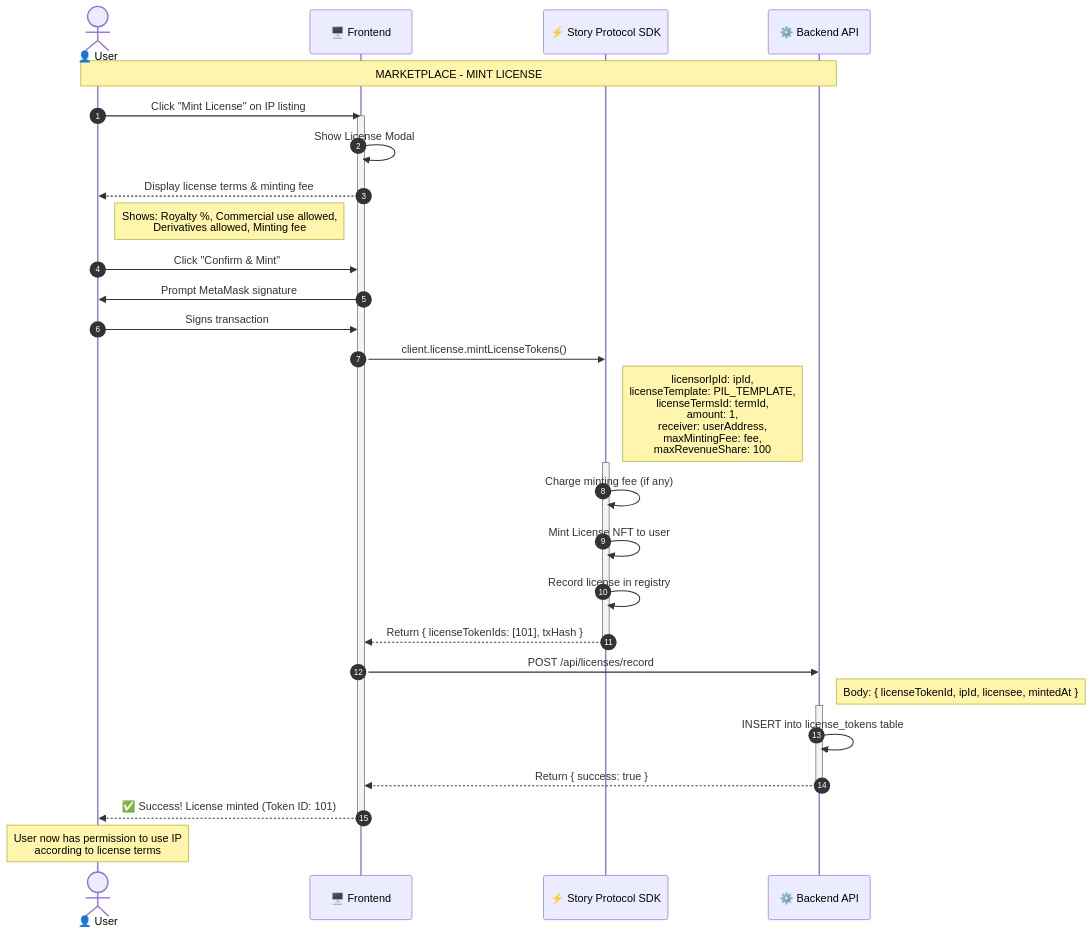
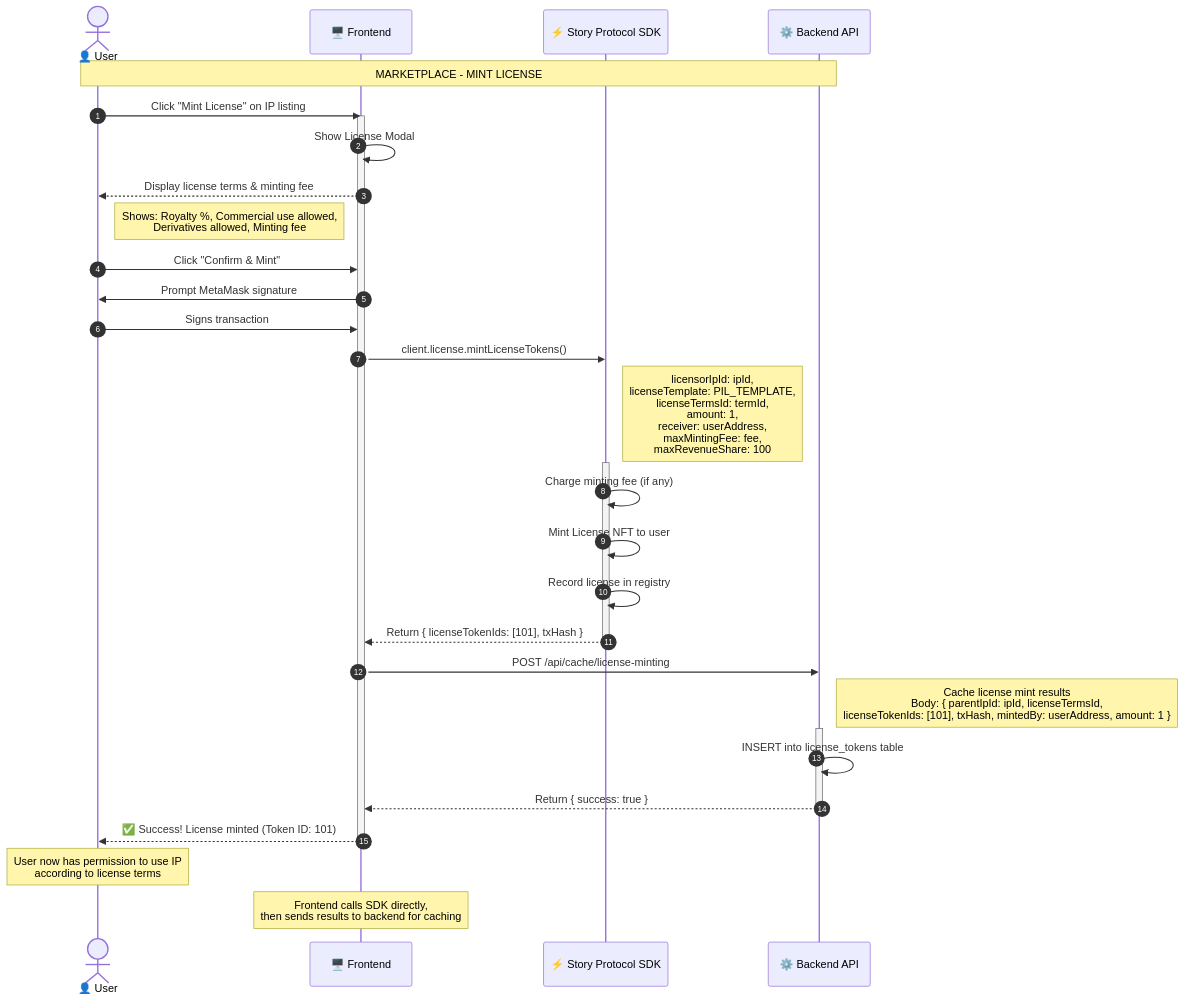
Before and after one commit to 18Abhinav07/Orion: the eighth of 11 diagrams in FLOW.md, drawn with Mermaid. The commit also changed other lines of this file, not shown here.

````diff
--- a/FLOW.md
+++ b/FLOW.md
@@ -865,44 +1183,46 @@
 ```mermaid
 sequenceDiagram
     autonumber
     actor User as 👤 User
     participant FE as 🖥️ Frontend
     participant SP as ⚡ Story Protocol SDK
     participant API as ⚙️ Backend API
 
     Note over User, API: MARKETPLACE - MINT LICENSE
 
     User->>FE: Click "Mint License" on IP listing
     activate FE
 
     FE->>FE: Show License Modal
     FE-->>User: Display license terms & minting fee
     Note right of User: Shows: Royalty %, Commercial use allowed,<br/>Derivatives allowed, Minting fee
 
     User->>FE: Click "Confirm & Mint"
     FE->>User: Prompt MetaMask signature
     User->>FE: Signs transaction
 
     FE->>SP: client.license.mintLicenseTokens()
     Note right of SP: licensorIpId: ipId,<br/>licenseTemplate: PIL_TEMPLATE,<br/>licenseTermsId: termId,<br/>amount: 1,<br/>receiver: userAddress,<br/>maxMintingFee: fee,<br/>maxRevenueShare: 100
 
     activate SP
     SP->>SP: Charge minting fee (if any)
     SP->>SP: Mint License NFT to user
     SP->>SP: Record license in registry
     SP-->>FE: Return { licenseTokenIds: [101], txHash }
     deactivate SP
 
-    FE->>API: POST /api/licenses/record
-    Note right of API: Body: { licenseTokenId, ipId, licensee, mintedAt }
+    FE->>API: POST /api/cache/license-minting
+    Note right of API: Cache license mint results<br/>Body: { parentIpId: ipId, licenseTermsId,<br/>licenseTokenIds: [101], txHash, mintedBy: userAddress, amount: 1 }
 
     activate API
     API->>API: INSERT into license_tokens table
     API-->>FE: Return { success: true }
     deactivate API
 
     FE-->>User: ✅ Success! License minted (Token ID: 101)
     deactivate FE
 
     Note over User: User now has permission to use IP<br/>according to license terms
+
+    Note over FE: Frontend calls SDK directly,<br/>then sends results to backend for caching
 ```
````
